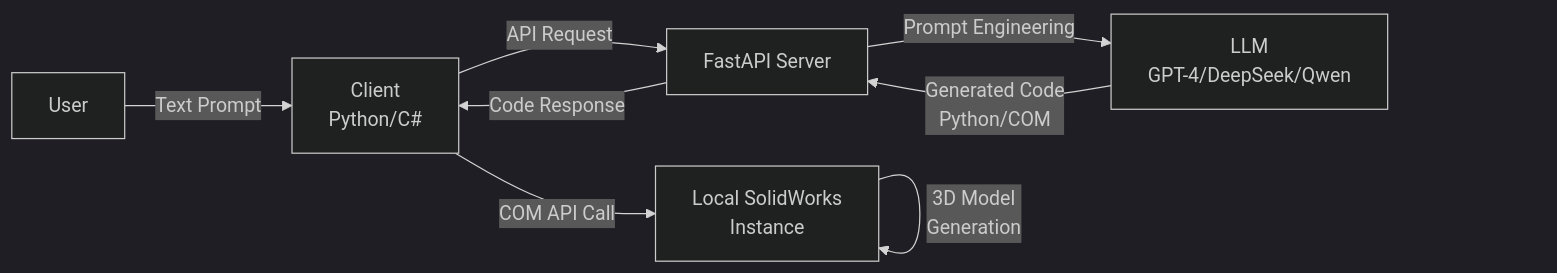
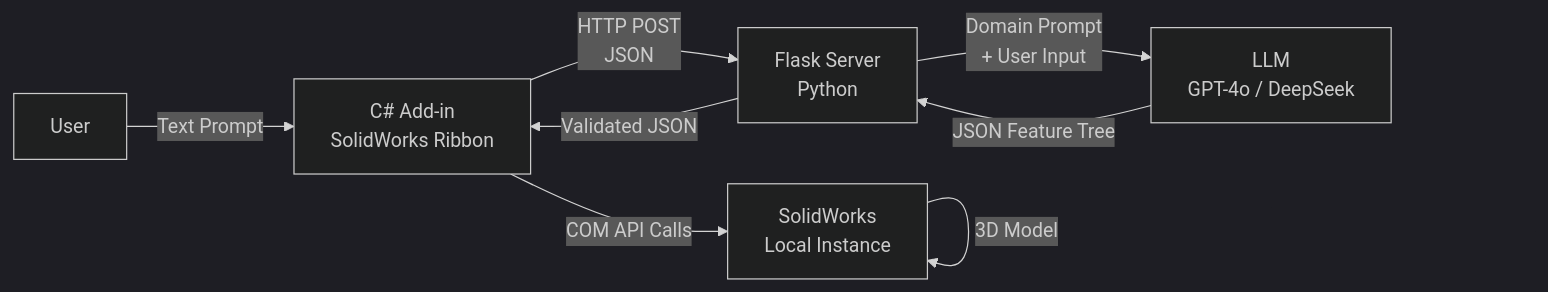
Before and after one commit to Robusr/Vulcan: the diagram in README.md, drawn with Mermaid (dark theme). The commit also changed other lines of this file and 1 other file, not shown here.

````diff
--- a/README.md
+++ b/README.md
@@ -83,10 +86,10 @@
 ```mermaid
 flowchart LR
-    A[User] -->|Text Prompt| B[Client<br/>Python/C#]
-    B -->|API Request| C[FastAPI Server]
-    C -->|Prompt Engineering| D[LLM<br/>GPT-4/DeepSeek/Qwen]
-    D -->|Generated Code<br/>Python/COM| C
-    C -->|Code Response| B
-    B -->|COM API Call| E[Local SolidWorks<br/>Instance]
-    E -->|3D Model<br/>Generation| E
+    A[User] -->|Text Prompt| B[C# Add-in<br/>SolidWorks Ribbon]
+    B -->|HTTP POST<br/>JSON| C[Flask Server<br/>Python]
+    C -->|Domain Prompt<br/>+ User Input| D[LLM<br/>GPT-4o / DeepSeek]
+    D -->|JSON Feature Tree| C
+    C -->|Validated JSON| B
+    B -->|COM API Calls| E[SolidWorks<br/>Local Instance]
+    E -->|3D Model| E
 ```
````
